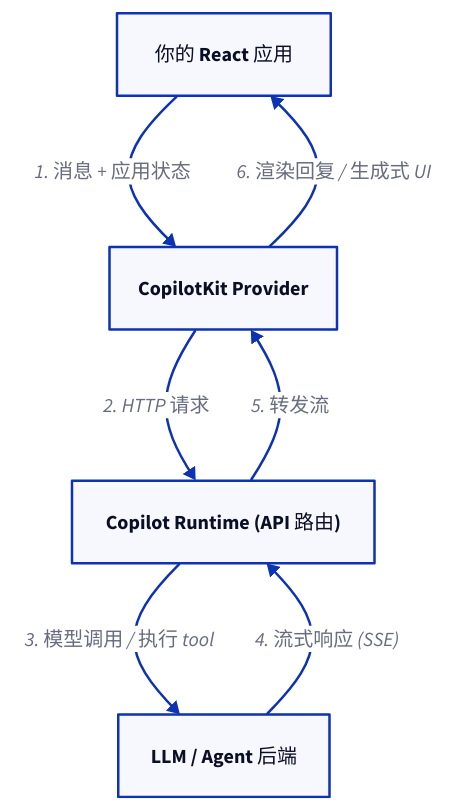
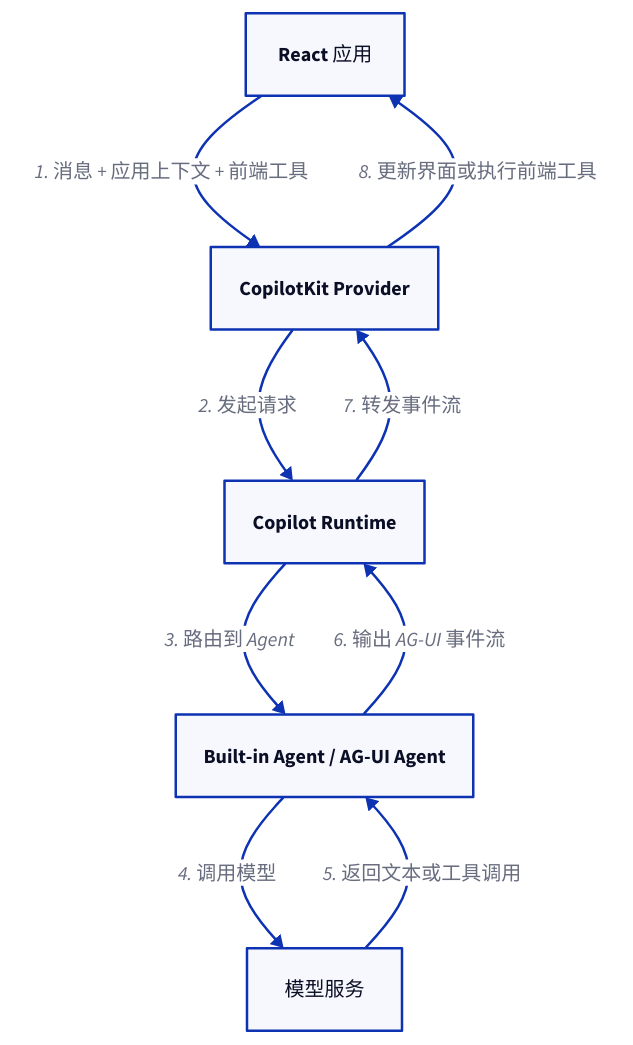
Before and after one commit to youngluo/thinking: the diagram in apps/docs/ai/Agent实战/CopilotKit 介绍与快速入门.md, drawn with D2. The commit also changed other lines of this file and 11 other files, not shown here.

````diff
--- a/apps/docs/ai/Agent实战/CopilotKit 介绍与快速入门.md
+++ b/apps/docs/ai/Agent实战/CopilotKit 介绍与快速入门.md
@@ -36,13 +36,16 @@
 ```d2
-reactApp: 你的 React 应用
+reactApp: React 应用
 provider: CopilotKit Provider
-runtime: Copilot Runtime (API 路由)
-backend: LLM / Agent 后端
+runtime: Copilot Runtime
+agent: Built-in Agent / AG-UI Agent
+model: 模型服务
 
-reactApp -> provider: 1. 消息 + 应用状态
-provider -> runtime: 2. HTTP 请求
-runtime -> backend: 3. 模型调用 / 执行 tool
-backend -> runtime: 4. 流式响应 (SSE)
-runtime -> provider: 5. 转发流
-provider -> reactApp: 6. 渲染回复 / 生成式 UI
+reactApp -> provider: 1. 消息 + 应用上下文 + 前端工具
+provider -> runtime: 2. 发起请求
+runtime -> agent: 3. 路由到 Agent
+agent -> model: 4. 调用模型
+model -> agent: 5. 返回文本或工具调用
+agent -> runtime: 6. 输出 AG-UI 事件流
+runtime -> provider: 7. 转发事件流
+provider -> reactApp: 8. 更新界面或执行前端工具
 ```
````
